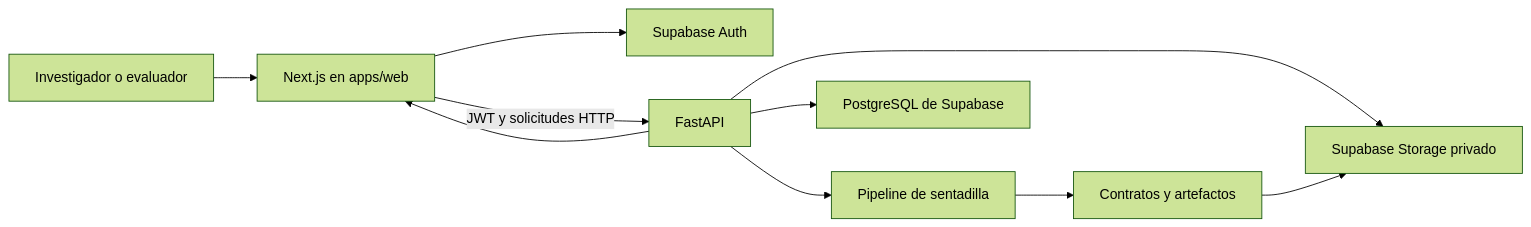
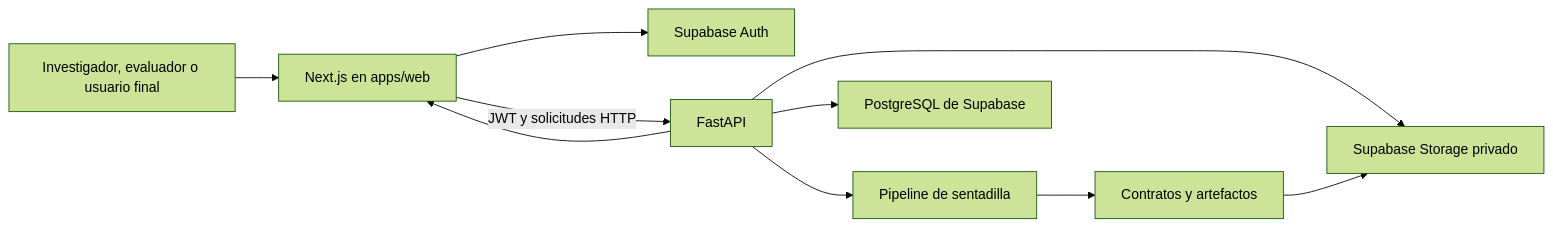
The diagram in docs/plan_frontend_web_sentadilla.md (chap0308/sistema-biomecanico), drawn with Mermaid (forest theme) before and after one commit. The commit also changed other lines of this file, not shown here.

````diff
--- a/docs/plan_frontend_web_sentadilla.md
+++ b/docs/plan_frontend_web_sentadilla.md
@@ -142,12 +171,12 @@
 ```mermaid
 flowchart LR
-    U["Investigador o evaluador"] --> W["Next.js en apps/web"]
+    U["Investigador, evaluador o usuario final"] --> W["Next.js en apps/web"]
     W --> A["Supabase Auth"]
     W -->|"JWT y solicitudes HTTP"| F["FastAPI"]
     F --> P["Pipeline de sentadilla"]
     F --> D["PostgreSQL de Supabase"]
     F --> S["Supabase Storage privado"]
     P --> O["Contratos y artefactos"]
     O --> S
     F --> W
 ```
````
